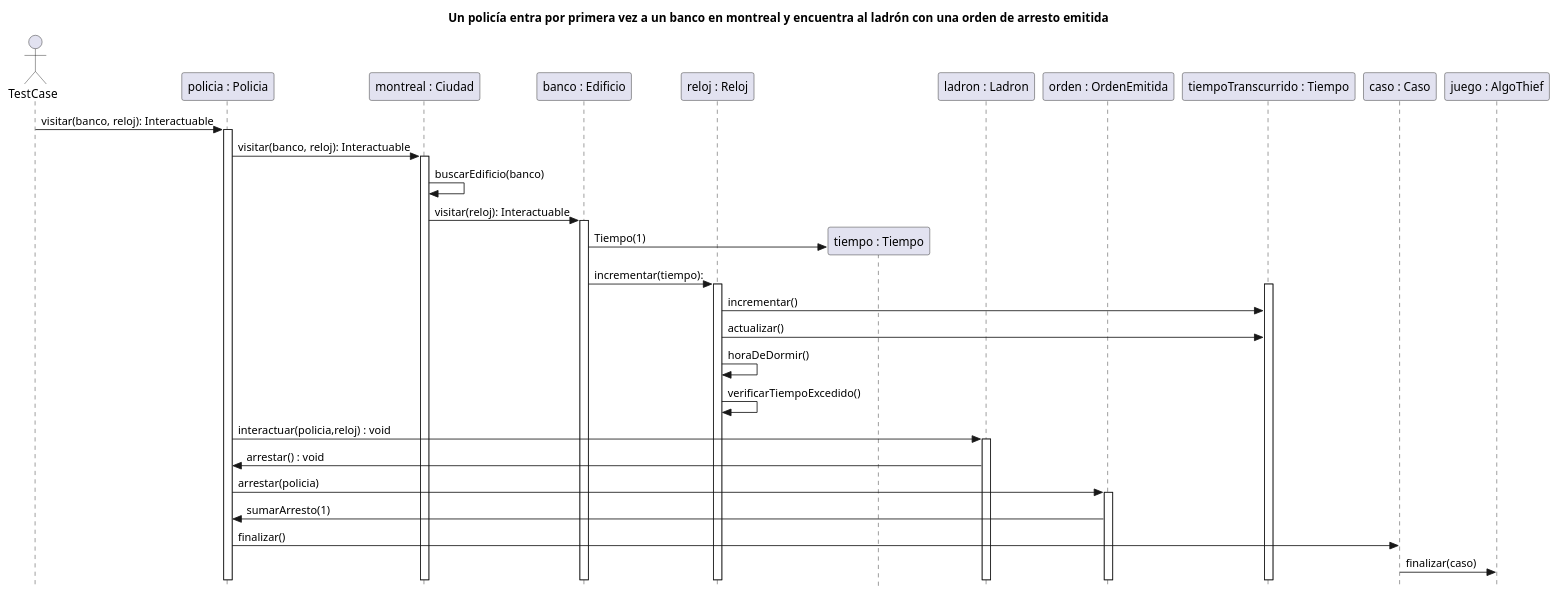
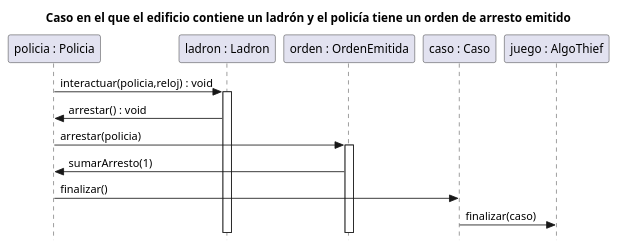
The diagram in diagrams/sequences/PoliciaEncuentraAlLadronConUnaOrdenDeArrestoEmitida.puml (martinanus/algo3_tp2), drawn with PlantUML before and after one commit. The commit also changed 10 other files, not shown here.

Commit message:
Se actualizan diagramas de secuencia

```diff
--- a/diagrams/sequences/PoliciaEncuentraAlLadronConUnaOrdenDeArrestoEmitida.puml
+++ b/diagrams/sequences/PoliciaEncuentraAlLadronConUnaOrdenDeArrestoEmitida.puml
@@ -1,41 +1,20 @@
 @startuml
 skinparam style strictuml
-title:  Un policía entra por primera vez a un banco en montreal y encuentra al ladrón con una orden de arresto emitida
-actor TestCase
+title:  Caso en el que el edificio contiene un ladrón y el policía tiene un orden de arresto emitido
 
 participant "policia : Policia" as policia
-participant "montreal : Ciudad" as ciudad
-participant "banco : Edificio" as banco
-participant "reloj : Reloj" as reloj
-participant "tiempo : Tiempo" as tiempo
 participant "ladron : Ladron" as ladron
 participant "orden : OrdenEmitida" as ordenArresto
-participant "tiempoTranscurrido : Tiempo" as tiempoTranscurrido
 participant "caso : Caso" as caso
 participant "juego : AlgoThief" as juego
 
-TestCase -> policia: visitar(banco, reloj): Interactuable
-activate policia
-policia -> ciudad: visitar(banco, reloj): Interactuable
-activate ciudad
-ciudad -> ciudad: buscarEdificio(banco)
-ciudad -> banco: visitar(reloj): Interactuable
-activate banco
-banco -> tiempo ** : Tiempo(1)
-banco -> reloj: incrementar(tiempo):
-activate reloj
-activate tiempoTranscurrido
-reloj -> tiempoTranscurrido:incrementar()
-reloj -> tiempoTranscurrido:actualizar()
-reloj -> reloj:horaDeDormir()
-reloj -> reloj: verificarTiempoExcedido()
 policia -> ladron : interactuar(policia,reloj) : void
 activate ladron
 ladron -> policia : arrestar() : void
 policia -> ordenArresto : arrestar(policia)
 activate ordenArresto
 ordenArresto -> policia: sumarArresto(1)
 policia -> caso:finalizar()
 caso -> juego:finalizar(caso)
 
 @enduml
```
